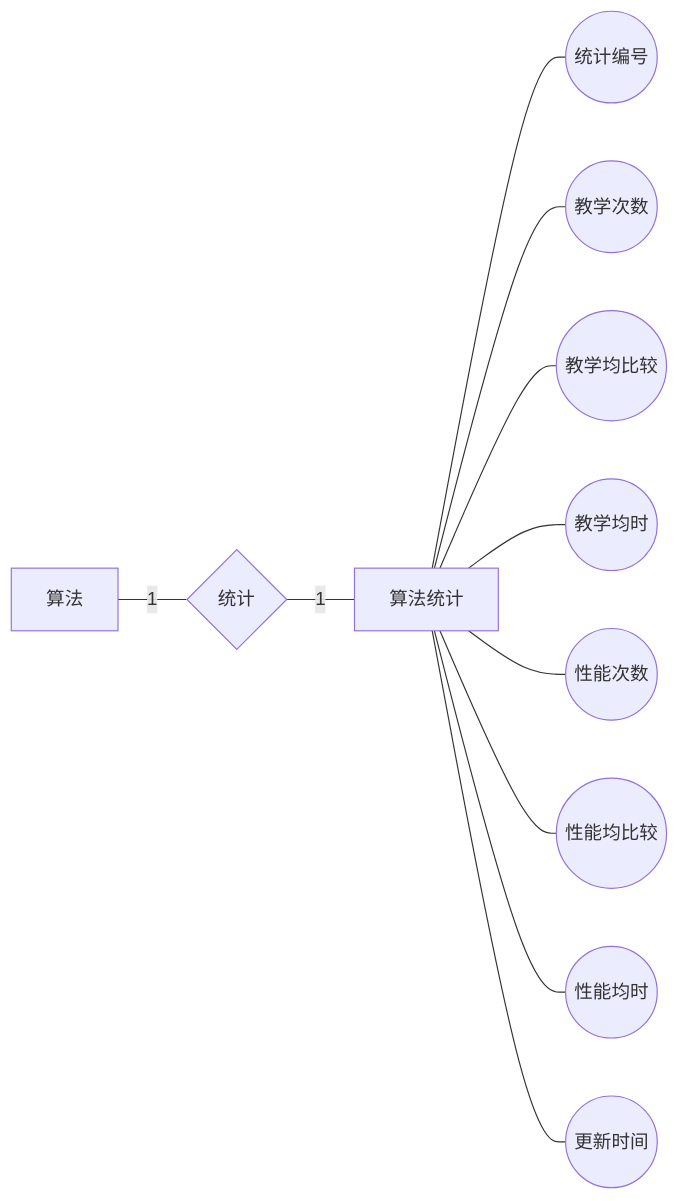
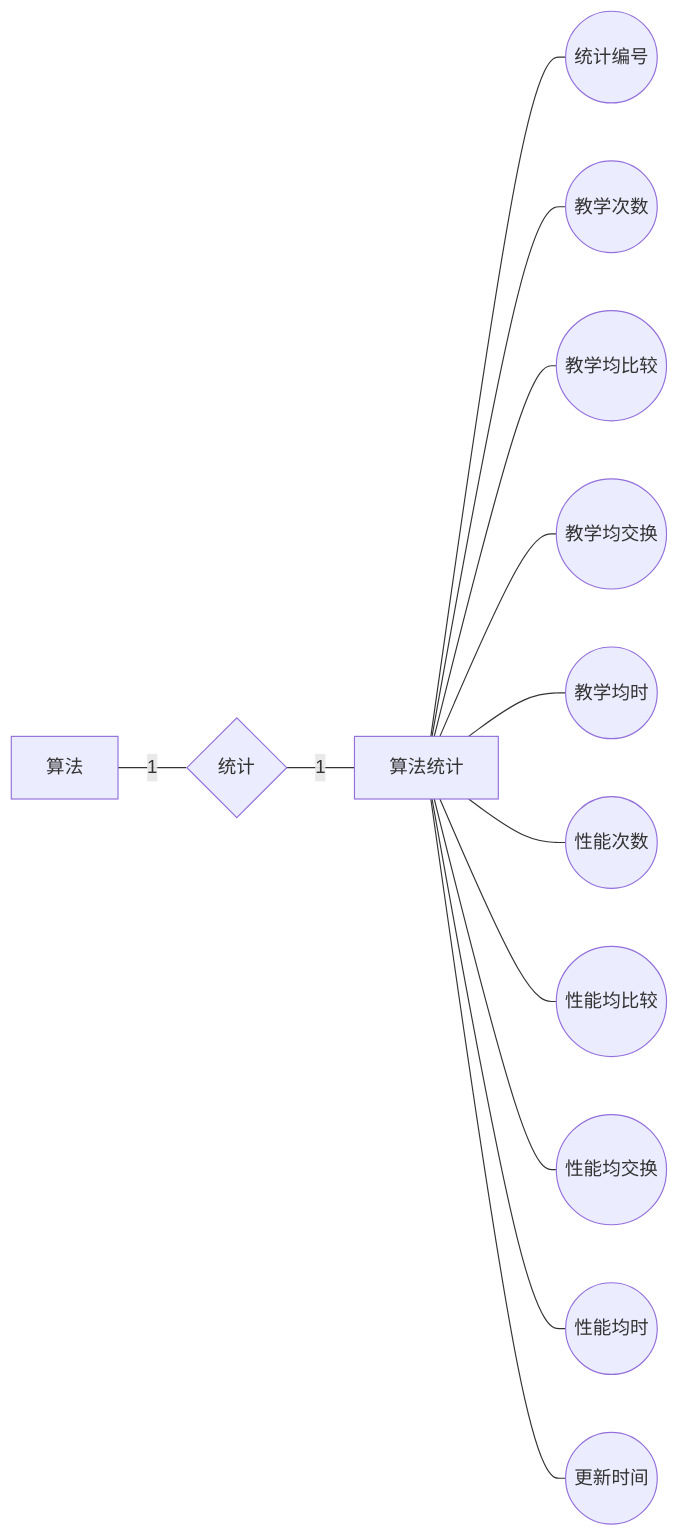
The tenth of 11 diagrams in 数据库课设文档.md (zhanzhan702/SortingAlgorithmVisualizationSystem), drawn with Mermaid before and after one commit. The commit also changed other lines of this file, not shown here.

Commit message:
docs: E-R图补全全部58个属性——局部图+全局图均含完整属性列表

````diff
--- a/数据库课设文档.md
+++ b/数据库课设文档.md
@@ -303,13 +305,15 @@
 ```mermaid
 graph LR
     Algo[算法] ---|1| R5{统计}
     R5 ---|1| Stat[算法统计]
     Stat --- G1((统计编号))
     Stat --- G2((教学次数))
     Stat --- G3((教学均比较))
-    Stat --- G4((教学均时))
-    Stat --- G5((性能次数))
-    Stat --- G6((性能均比较))
-    Stat --- G7((性能均时))
-    Stat --- G8((更新时间))
+    Stat --- G4((教学均交换))
+    Stat --- G5((教学均时))
+    Stat --- G6((性能次数))
+    Stat --- G7((性能均比较))
+    Stat --- G8((性能均交换))
+    Stat --- G9((性能均时))
+    Stat --- G10((更新时间))
 ```
````
